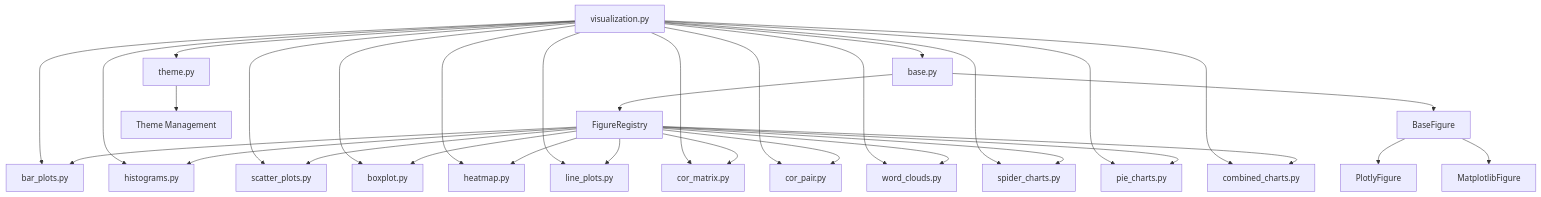
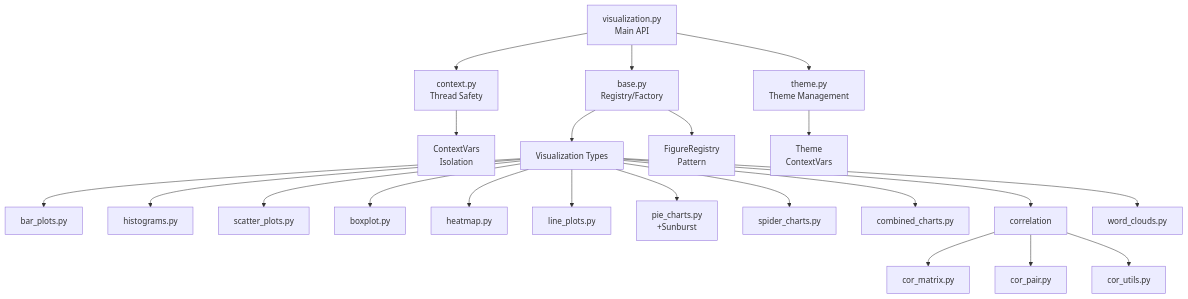
One commit to DGT-Network/PAMOLA changed the diagram in docs/en/core/utils/visualization.md. Above: the diagram before and after it, drawn with Mermaid. The commit also changed other lines of this file and 368 other files, not shown here.

````diff
--- a/docs/en/core/utils/visualization.md
+++ b/docs/en/core/utils/visualization.md
@@ -26,37 +39,27 @@
 ```mermaid
 graph TD
-    A[visualization.py] --> B[base.py]
-    A --> C[theme.py]
-    A --> D[bar_plots.py]
-    A --> E[histograms.py]
-    A --> F[scatter_plots.py]
-    A --> G[boxplot.py]
-    A --> H[heatmap.py]
-    A --> I[line_plots.py]
-    A --> J[cor_matrix.py]
-    A --> K[cor_pair.py]
-    A --> L[word_clouds.py]
-    A --> M[spider_charts.py]
-    A --> N[pie_charts.py]
-    A --> O[combined_charts.py]
+    A[visualization.py<br/>Main API] --> B[context.py<br/>Thread Safety]
+    A --> C[base.py<br/>Registry/Factory]
+    A --> D[theme.py<br/>Theme Management]
     
-    B --> P[FigureRegistry]
-    B --> Q[BaseFigure]
-    Q --> R[PlotlyFigure]
-    Q --> S[MatplotlibFigure]
+    C --> E[Visualization Types]
+    E --> F[bar_plots.py]
+    E --> G[histograms.py]
+    E --> H[scatter_plots.py]
+    E --> I[boxplot.py]
+    E --> J[heatmap.py]
+    E --> K[line_plots.py]
+    E --> L[pie_charts.py<br/>+Sunburst]
+    E --> M[spider_charts.py]
+    E --> N[combined_charts.py]
+    E --> O[correlation]
+    E --> P[word_clouds.py]
     
-    C --> T[Theme Management]
+    O --> Q[cor_matrix.py]
+    O --> R[cor_pair.py]
+    O --> S[cor_utils.py]
     
-    P --> D
-    P --> E
-    P --> F
-    P --> G
-    P --> H
-    P --> I
-    P --> J
-    P --> K
-    P --> L
-    P --> M
-    P --> N
-    P --> O
+    B --> T[ContextVars<br/>Isolation]
+    C --> U[FigureRegistry<br/>Pattern]
+    D --> V[Theme<br/>ContextVars]
 ```
````
